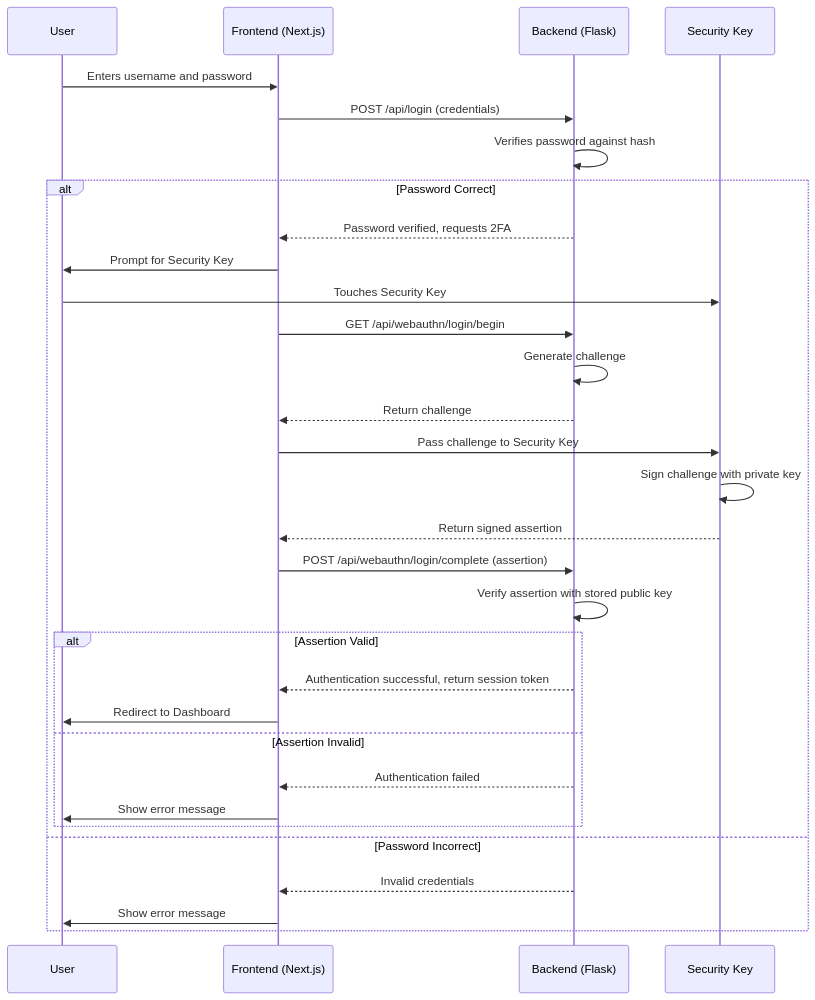
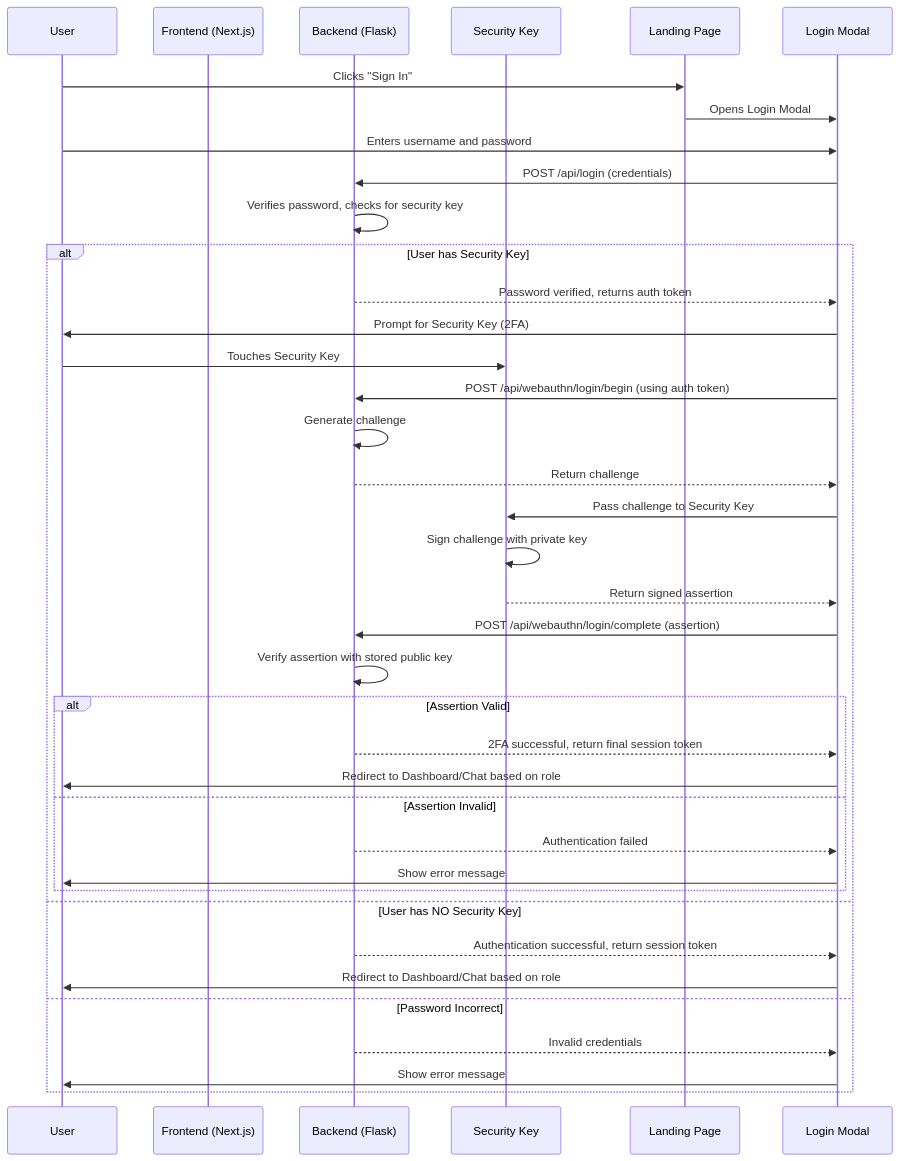
One commit to Njihia413/argus-ai-secure-poc changed the second of 2 diagrams in README.md. Above: the diagram before and after it, drawn with Mermaid. The commit also changed other lines of this file, not shown here.

Commit message:
fix: Update README to reflect new frontend URL and login process for improved clarity

````diff
--- a/README.md
+++ b/README.md
@@ -219,34 +219,45 @@
 ```mermaid
 sequenceDiagram
     participant U as User
     participant FE as Frontend (Next.js)
     participant BE as Backend (Flask)
     participant SK as Security Key
 
-    U->>FE: Enters username and password
-    FE->>BE: POST /api/login (credentials)
-    BE->>BE: Verifies password against hash
-    alt Password Correct
-        BE-->>FE: Password verified, requests 2FA
-        FE->>U: Prompt for Security Key
+    participant U as User
+    participant LP as Landing Page
+    participant LM as Login Modal
+    participant BE as Backend (Flask)
+    participant SK as Security Key
+
+    U->>LP: Clicks "Sign In"
+    LP->>LM: Opens Login Modal
+    U->>LM: Enters username and password
+    LM->>BE: POST /api/login (credentials)
+    BE->>BE: Verifies password, checks for security key
+    alt User has Security Key
+        BE-->>LM: Password verified, returns auth token
+        LM->>U: Prompt for Security Key (2FA)
         U->>SK: Touches Security Key
-        FE->>BE: GET /api/webauthn/login/begin
+        LM->>BE: POST /api/webauthn/login/begin (using auth token)
         BE->>BE: Generate challenge
-        BE-->>FE: Return challenge
-        FE->>SK: Pass challenge to Security Key
+        BE-->>LM: Return challenge
+        LM->>SK: Pass challenge to Security Key
         SK->>SK: Sign challenge with private key
-        SK-->>FE: Return signed assertion
-        FE->>BE: POST /api/webauthn/login/complete (assertion)
+        SK-->>LM: Return signed assertion
+        LM->>BE: POST /api/webauthn/login/complete (assertion)
         BE->>BE: Verify assertion with stored public key
         alt Assertion Valid
-            BE-->>FE: Authentication successful, return session token
-            FE->>U: Redirect to Dashboard
+            BE-->>LM: 2FA successful, return final session token
+            LM->>U: Redirect to Dashboard/Chat based on role
         else Assertion Invalid
-            BE-->>FE: Authentication failed
-            FE->>U: Show error message
+            BE-->>LM: Authentication failed
+            LM->>U: Show error message
         end
+    else User has NO Security Key
+        BE-->>LM: Authentication successful, return session token
+        LM->>U: Redirect to Dashboard/Chat based on role
     else Password Incorrect
-        BE-->>FE: Invalid credentials
-        FE->>U: Show error message
+        BE-->>LM: Invalid credentials
+        LM->>U: Show error message
     end
 ```
````
